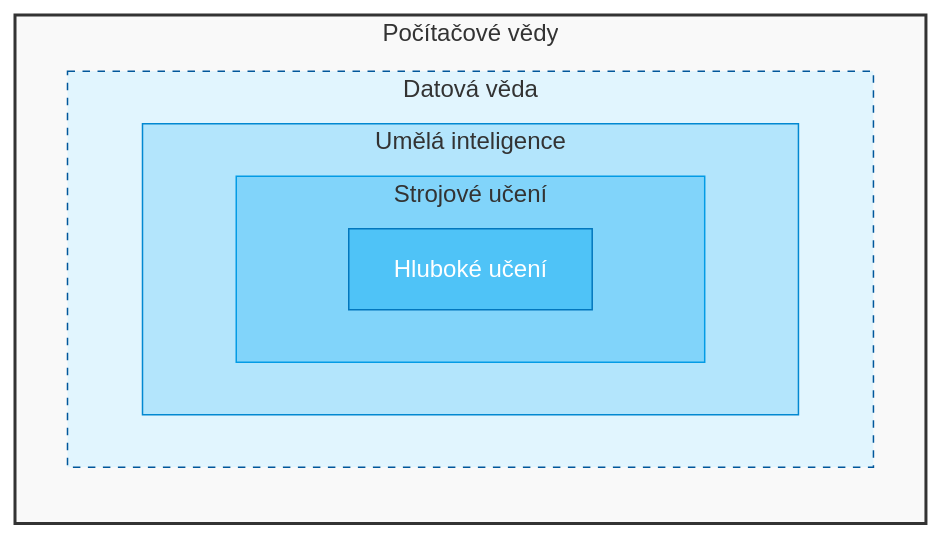
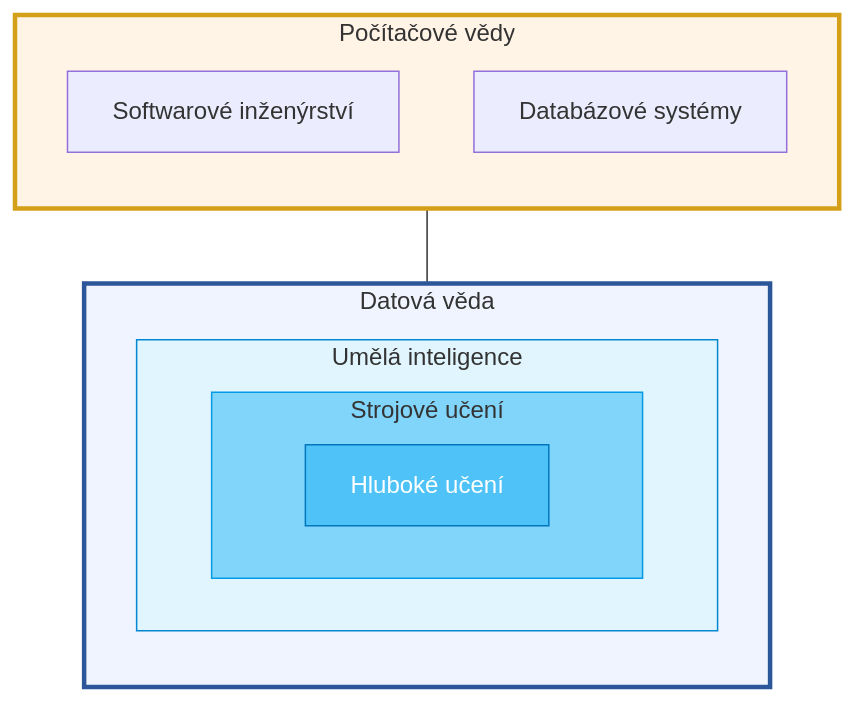
One commit to j-ochmann/j-ochmann.github.io changed the first of 2 diagrams in src/content/docs/ai/index.md. Above: the diagram before and after it, drawn with Mermaid.

Commit message:
Refactor AI and Computer Science diagram structure
Redesigned the diagram structure for AI and Computer Science fields, improving clarity and organization.

````diff
--- a/src/content/docs/ai/index.md
+++ b/src/content/docs/ai/index.md
@@ -13,19 +13,28 @@
 ```mermaid
 graph BT
-    subgraph ComputerScience [Počítačové vědy]
-        subgraph DataScience [Datová věda]
-            subgraph AI [Umělá inteligence]
-                subgraph ML [Strojové učení]
-                    DL[Hluboké učení]
-                end
+    %% Definice hlavních oblastí
+    subgraph DS [Datová věda]
+        direction TB
+        subgraph AI_Core [Umělá inteligence]
+            subgraph ML [Strojové učení]
+                DL[Hluboké učení]
             end
         end
     end
 
-    %% Stylizace pro lepší přehlednost
-    style ComputerScience fill:#f9f9f9,stroke:#333,stroke-width:2px
-    style DataScience fill:#e1f5fe,stroke:#01579b,stroke-dasharray: 5 5
-    style AI fill:#b3e5fc,stroke:#0288d1
+    subgraph CS [Počítačové vědy]
+        direction TB
+        SoftEng[Softwarové inženýrství]
+        DB[Databázové systémy]
+    end
+
+    %% Propojení oblastí (znázornění průniku)
+    AI_Core --- CS
+
+    %% Stylizace
+    style DS fill:#f0f4ff,stroke:#2b579a,stroke-width:3px
+    style CS fill:#fff4e6,stroke:#d4a017,stroke-width:3px
+    style AI_Core fill:#e1f5fe,stroke:#0288d1
     style ML fill:#81d4fa,stroke:#039be5
     style DL fill:#4fc3f7,stroke:#0277bd,color:#fff
 ```
````
